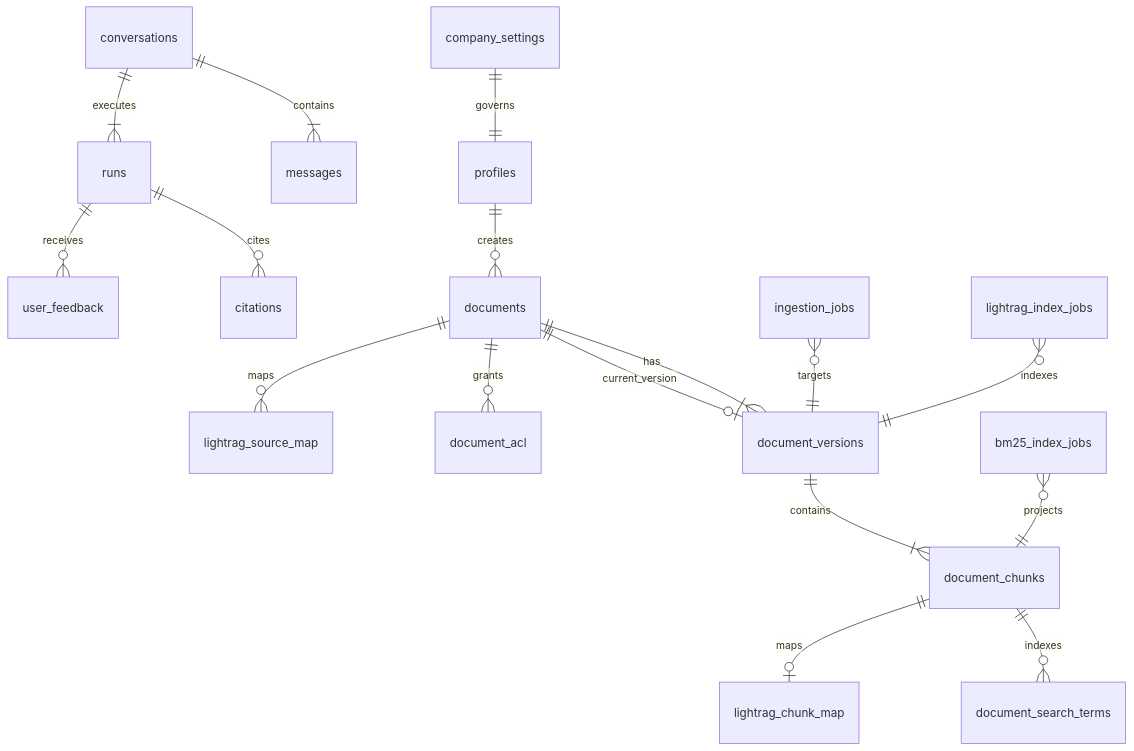
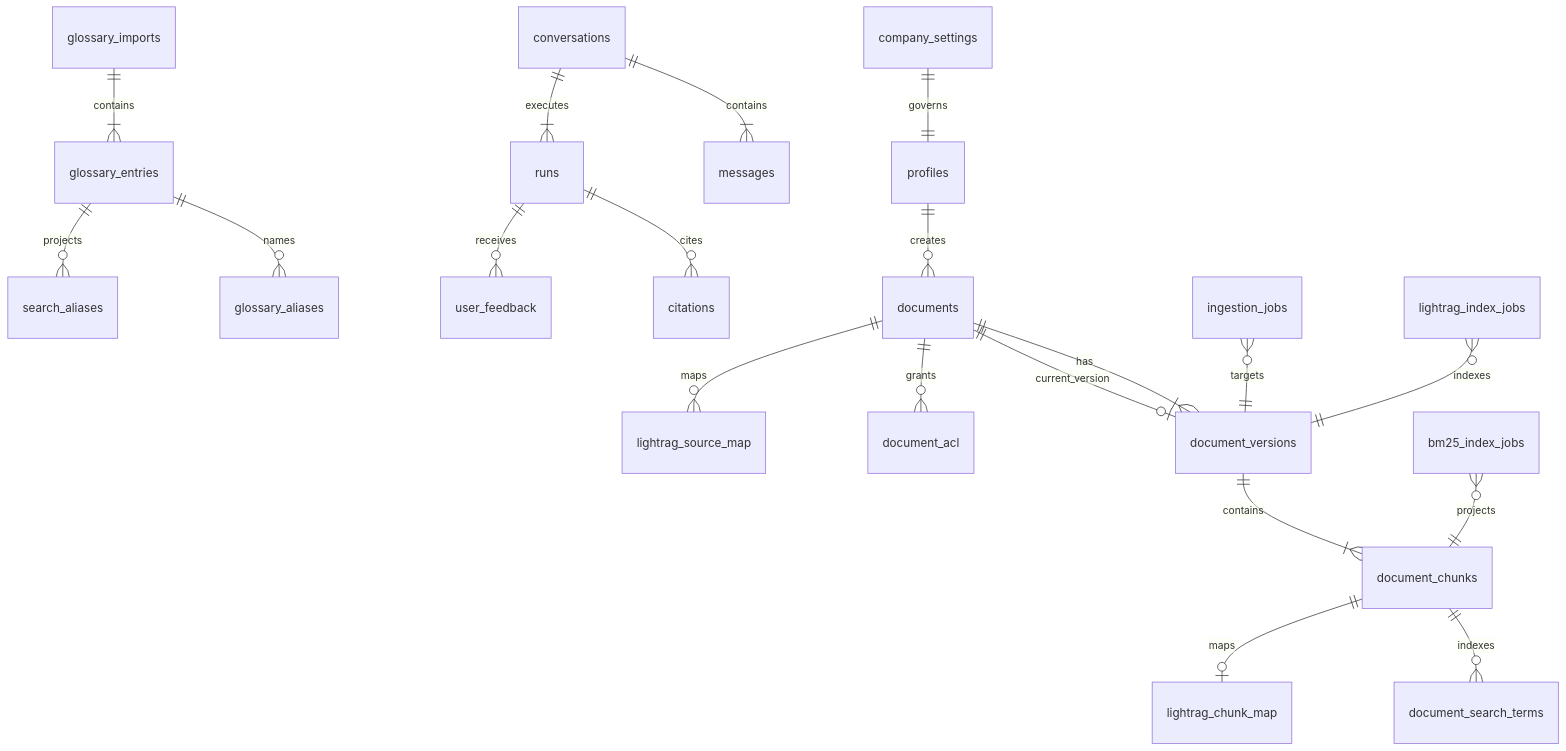
One commit to Nagdy8888/smart-rag changed the diagram in docs/architecture/08-data-dictionary.md. Above: the diagram before and after it, drawn with Mermaid. The commit also changed other lines of this file and 52 other files, not shown here.

````diff
--- a/docs/architecture/08-data-dictionary.md
+++ b/docs/architecture/08-data-dictionary.md
@@ -22,19 +22,22 @@
 ```mermaid
 erDiagram
   profiles ||--o{ documents : creates
   documents ||--|{ document_versions : has
   documents ||--o| document_versions : current_version
   document_versions ||--|{ document_chunks : contains
   document_chunks ||--o{ document_search_terms : indexes
+  glossary_imports ||--|{ glossary_entries : contains
+  glossary_entries ||--o{ glossary_aliases : names
+  glossary_entries ||--o{ search_aliases : projects
   documents ||--o{ document_acl : grants
   documents ||--o{ lightrag_source_map : maps
   document_chunks ||--o| lightrag_chunk_map : maps
   conversations ||--|{ messages : contains
   conversations ||--|{ runs : executes
   runs ||--o{ citations : cites
   runs ||--o{ user_feedback : receives
   ingestion_jobs }o--|| document_versions : targets
   bm25_index_jobs }o--|| document_chunks : projects
   lightrag_index_jobs }o--|| document_versions : indexes
   company_settings ||--|| profiles : governs
 ```
````
